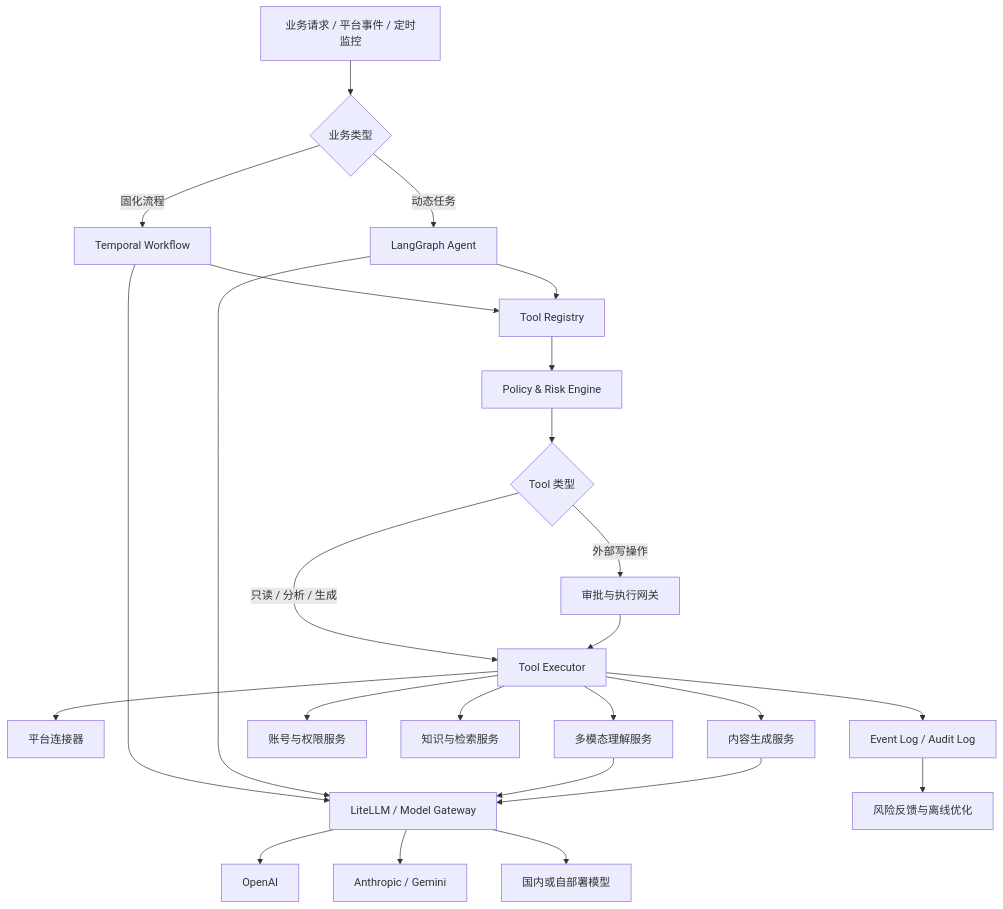
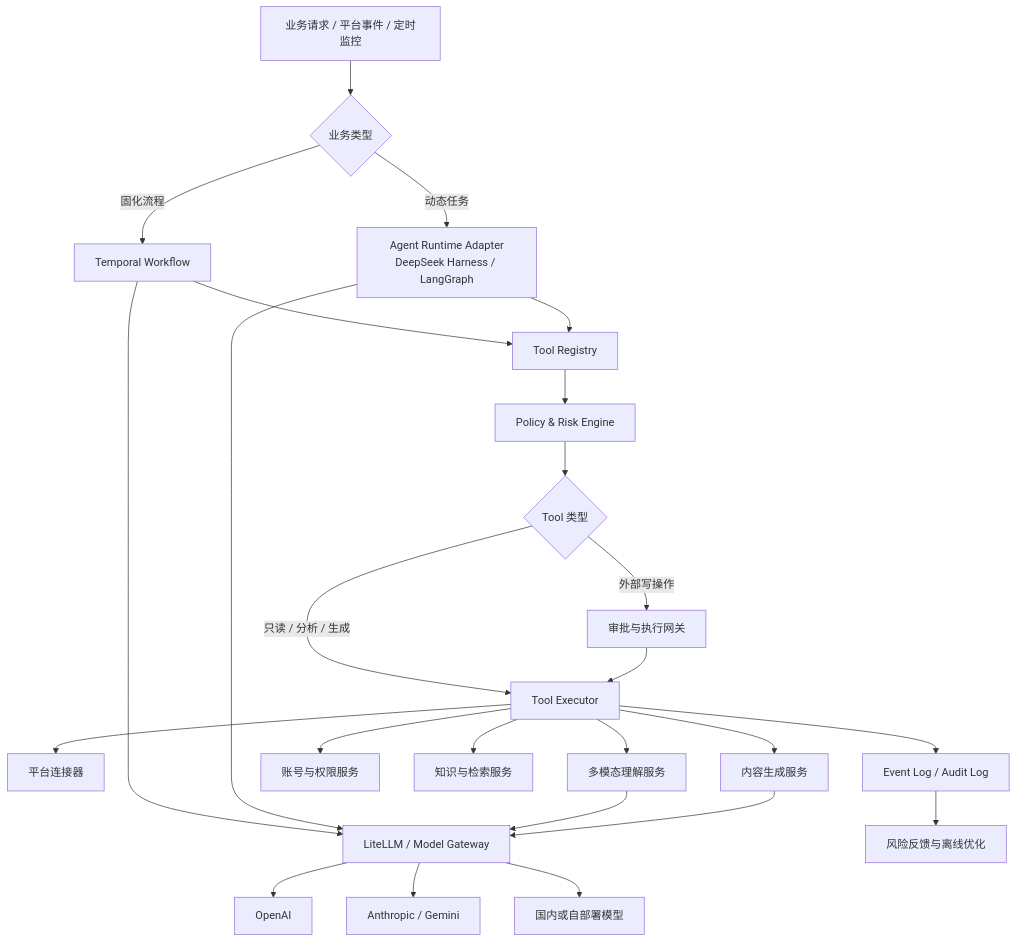
One commit to kingview/social_agent changed the second of 3 diagrams in docs/ai-social-agent-architecture.md. Above: the diagram before and after it, drawn with Mermaid. The commit also changed other lines of this file and 26 other files, not shown here.

Commit message:
feat: integrate DeepSeek Harness runtime

````diff
--- a/docs/ai-social-agent-architecture.md
+++ b/docs/ai-social-agent-architecture.md
@@ -237,33 +237,33 @@
 ```mermaid
 flowchart TD
     A["业务请求 / 平台事件 / 定时监控"] --> B{"业务类型"}
     B -->|"固化流程"| C["Temporal Workflow"]
-    B -->|"动态任务"| D["LangGraph Agent"]
+    B -->|"动态任务"| D["Agent Runtime Adapter<br/>DeepSeek Harness / LangGraph"]
 
     C --> E["Tool Registry"]
     D --> E
 
     E --> F["Policy & Risk Engine"]
     F --> G{"Tool 类型"}
     G -->|"只读 / 分析 / 生成"| H["Tool Executor"]
     G -->|"外部写操作"| I["审批与执行网关"]
     I --> H
 
     H --> J["平台连接器"]
     H --> K["多模态理解服务"]
     H --> L["内容生成服务"]
     H --> M["账号与权限服务"]
     H --> N["知识与检索服务"]
 
     C --> O["LiteLLM / Model Gateway"]
     D --> O
     K --> O
     L --> O
 
     O --> P["OpenAI"]
     O --> Q["Anthropic / Gemini"]
     O --> R["国内或自部署模型"]
 
     H --> S["Event Log / Audit Log"]
     S --> T["风险反馈与离线优化"]
 ```
````
